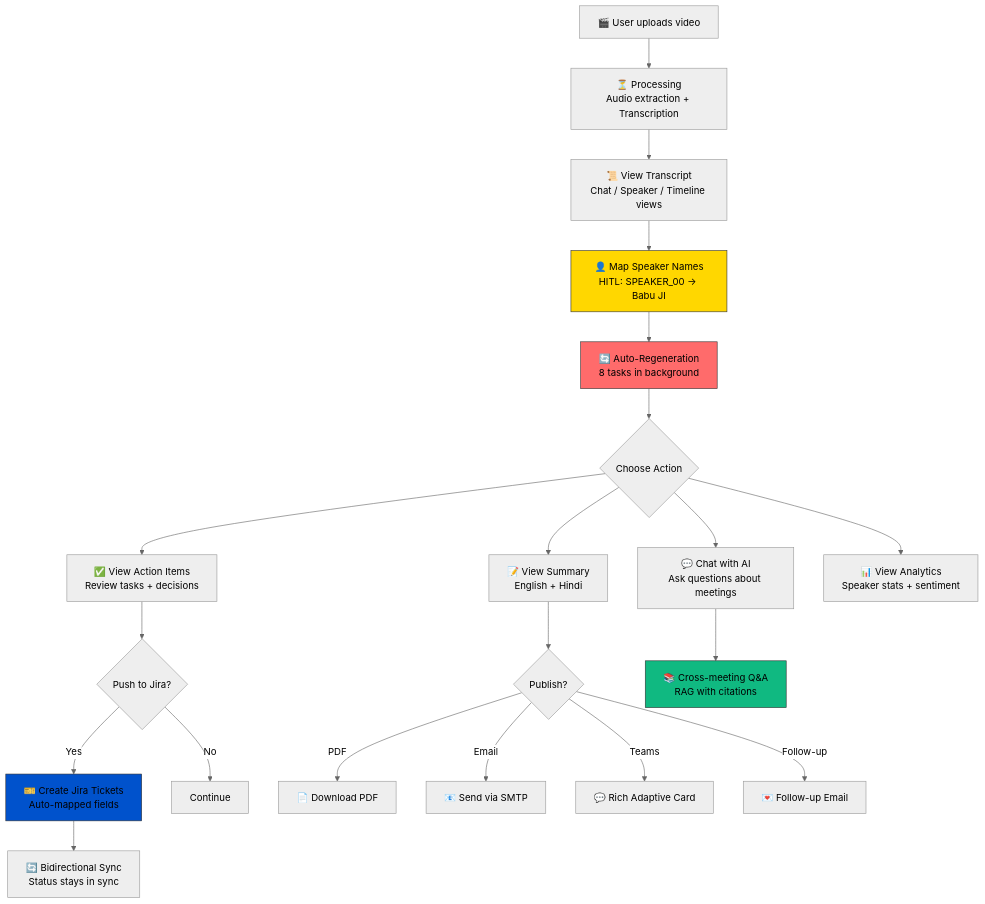
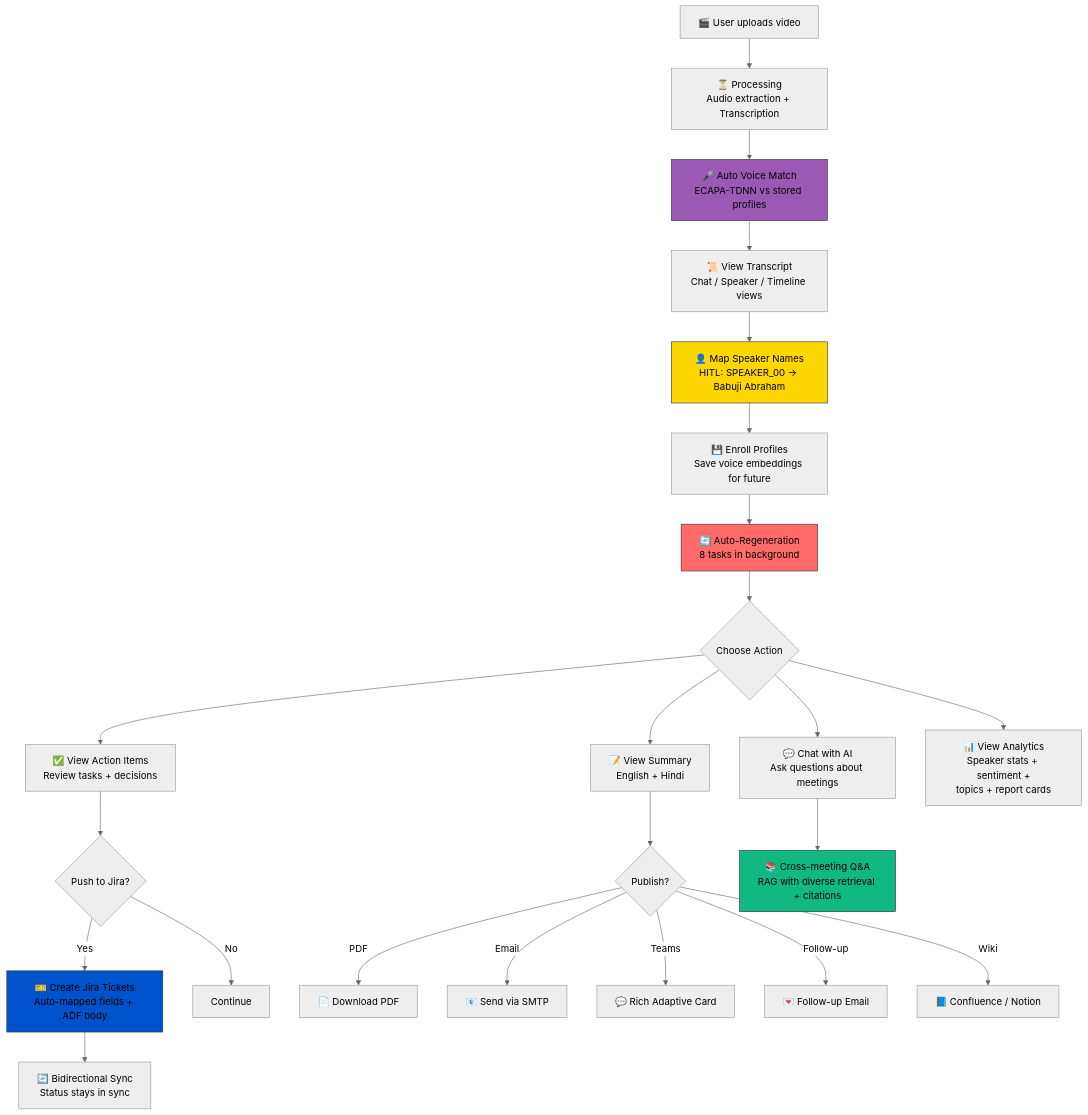
One commit to pawanuikey06/ContextIQ changed diagram 11 of 14 in docs/architecture.md. Above: the diagram before and after it, drawn with Mermaid (neutral theme). The commit also changed other lines of this file, not shown here.

Commit message:
architectures updated

````diff
--- a/docs/architecture.md
+++ b/docs/architecture.md
@@ -392,32 +504,36 @@
 ```mermaid
 flowchart TD
     A["🎬 User uploads video"] --> B["⏳ Processing<br/>Audio extraction + Transcription"]
-    B --> C["📜 View Transcript<br/>Chat / Speaker / Timeline views"]
-    C --> D["👤 Map Speaker Names<br/>HITL: SPEAKER_00 → Babu JI"]
-    D --> E["🔄 Auto-Regeneration<br/>8 tasks in background"]
+    B --> B2["🎤 Auto Voice Match<br/>ECAPA-TDNN vs stored profiles"]
+    B2 --> C["📜 View Transcript<br/>Chat / Speaker / Timeline views"]
+    C --> D["👤 Map Speaker Names<br/>HITL: SPEAKER_00 → Babuji Abraham"]
+    D --> D2["💾 Enroll Profiles<br/>Save voice embeddings for future"]
+    D2 --> E["🔄 Auto-Regeneration<br/>8 tasks in background"]
     E --> F{"Choose Action"}
 
     F --> G["📝 View Summary<br/>English + Hindi"]
     F --> H["✅ View Action Items<br/>Review tasks + decisions"]
     F --> I["💬 Chat with AI<br/>Ask questions about meetings"]
-    F --> J["📊 View Analytics<br/>Speaker stats + sentiment"]
+    F --> J["📊 View Analytics<br/>Speaker stats + sentiment +<br/>topics + report cards"]
 
     H --> K{"Push to Jira?"}
-    K -->|Yes| L["🎫 Create Jira Tickets<br/>Auto-mapped fields"]
+    K -->|Yes| L["🎫 Create Jira Tickets<br/>Auto-mapped fields + ADF body"]
     K -->|No| M["Continue"]
 
     L --> N["🔄 Bidirectional Sync<br/>Status stays in sync"]
 
     G --> O{"Publish?"}
     O -->|PDF| P["📄 Download PDF"]
     O -->|Email| Q["📧 Send via SMTP"]
     O -->|Teams| R["💬 Rich Adaptive Card"]
     O -->|Follow-up| S["💌 Follow-up Email"]
+    O -->|Wiki| S2["📘 Confluence / Notion"]
 
-    I --> T["📚 Cross-meeting Q&A<br/>RAG with citations"]
+    I --> T["📚 Cross-meeting Q&A<br/>RAG with diverse retrieval + citations"]
 
+    style B2 fill:#9b59b6,stroke:#333
     style D fill:#ffd700,stroke:#333
     style E fill:#ff6b6b,stroke:#333
     style L fill:#0052CC,stroke:#333
     style T fill:#10b981,stroke:#333
 ```
````
